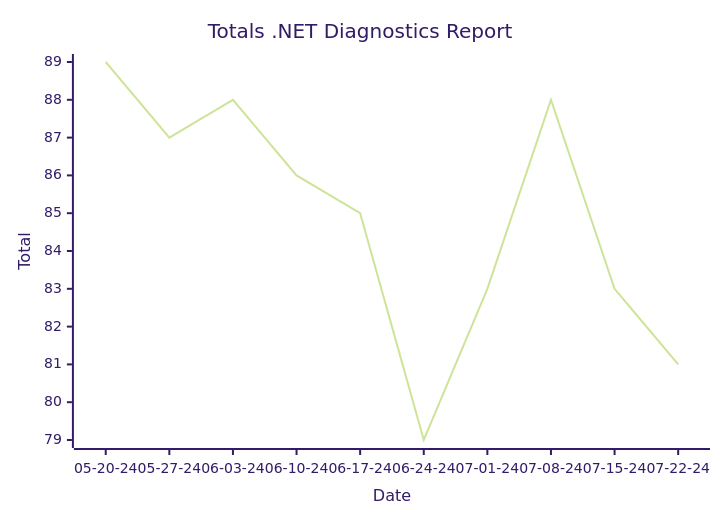
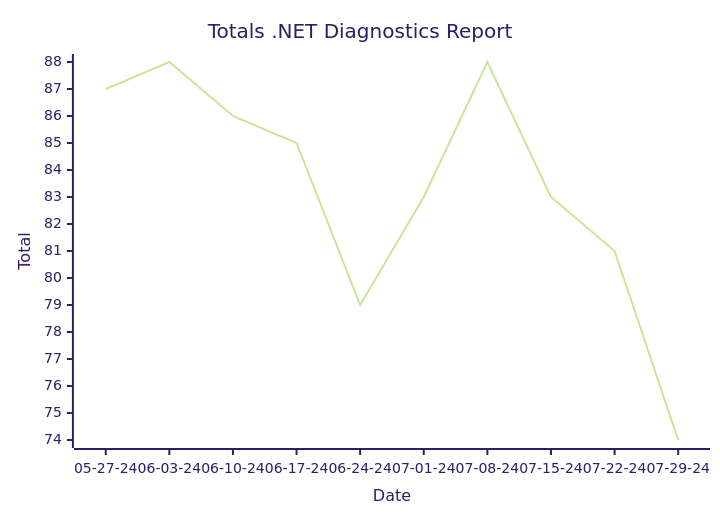
One commit to hoyosjs/gh-issue-tracker changed the first of 2 diagrams in reports/README.md. Above: the diagram before and after it, drawn with Mermaid (forest theme). The commit also changed other lines of this file and 4 other files, not shown here.

````diff
--- a/reports/README.md
+++ b/reports/README.md
@@ -7,7 +7,7 @@
 ```mermaid
 xychart-beta
   title "Totals .NET Diagnostics Report"
-  x-axis "Date" ["05-20-24", "05-27-24", "06-03-24", "06-10-24", "06-17-24", "06-24-24", "07-01-24", "07-08-24", "07-15-24", "07-22-24"]
+  x-axis "Date" ["05-27-24", "06-03-24", "06-10-24", "06-17-24", "06-24-24", "07-01-24", "07-08-24", "07-15-24", "07-22-24", "07-29-24"]
   y-axis "Total"
-  line [89, 87, 88, 86, 85, 79, 83, 88, 83, 81]
+  line [87, 88, 86, 85, 79, 83, 88, 83, 81, 74]
 ```
````
